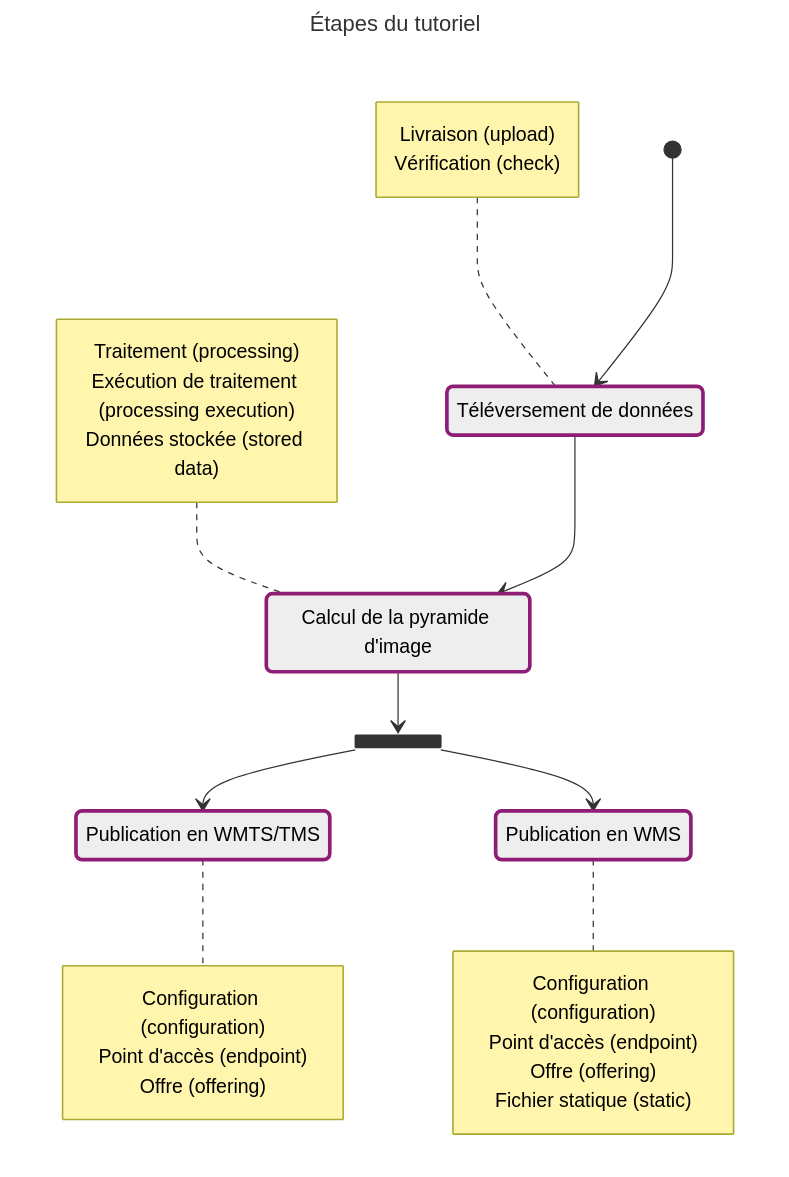
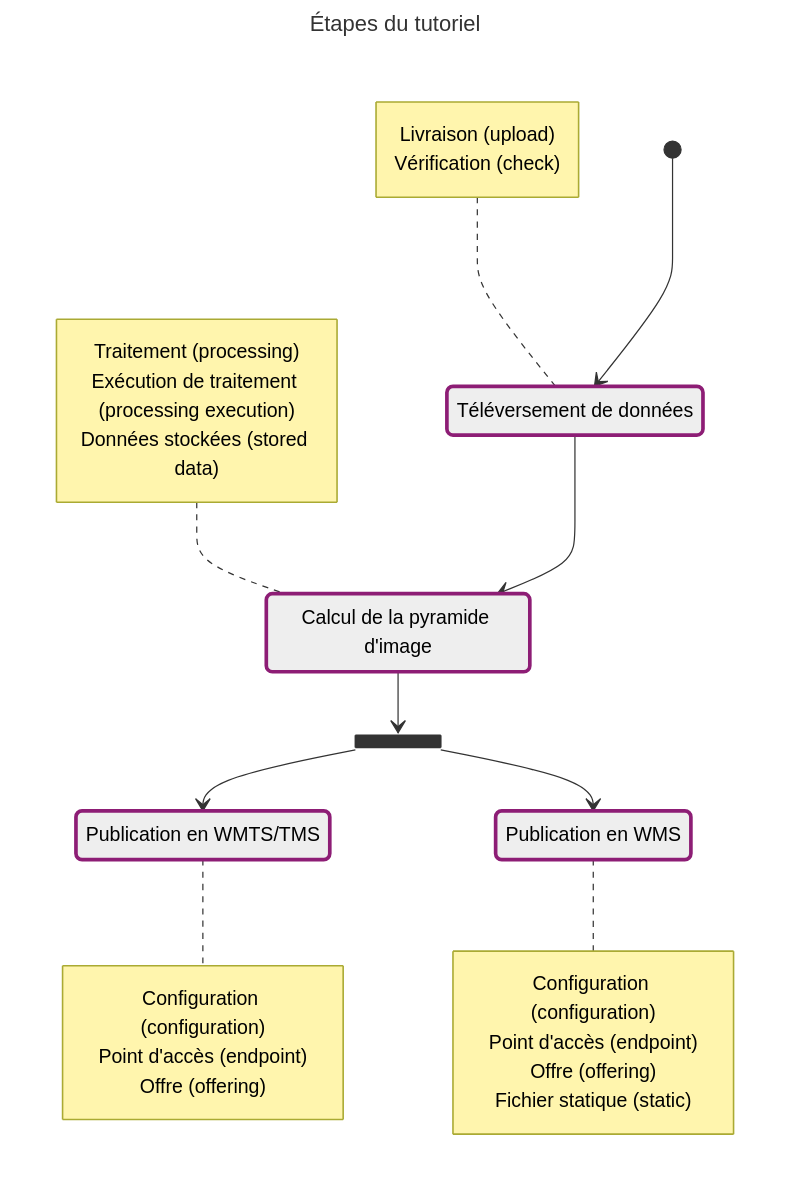
The first of 2 diagrams in content/fr/guides-developpeur/tutoriels/gestion-des-donnees-vecteurs/alimentation-diffusion.md (IGNF/cartes.gouv.fr-documentation), drawn with Mermaid before and after one commit. The commit also changed other lines of this file and 13 other files, not shown here.

````diff
--- a/content/fr/guides-developpeur/tutoriels/gestion-des-donnees-vecteurs/alimentation-diffusion.md
+++ b/content/fr/guides-developpeur/tutoriels/gestion-des-donnees-vecteurs/alimentation-diffusion.md
@@ -16,47 +16,47 @@
 ```mermaid
 ---
 title: Étapes du tutoriel
 ---
 stateDiagram
 
 
     TEL: Téléversement de données
     note left of TEL
         Livraison (upload)
         Vérification (check)
     end note
 
     PYR: Calcul de la pyramide d'image
     note left of PYR
         Traitement (processing)
         Exécution de traitement (processing execution)
-        Données stockée (stored data)
+        Données stockées (stored data)
     end note
 
     PUB_TILED: Publication en WMTS/TMS
     note right of PUB_TILED
         Configuration (configuration)
         Point d'accès (endpoint)
         Offre (offering)
     end note
 
     PUB_WMS: Publication en WMS
     note right of PUB_WMS
         Configuration (configuration)
         Point d'accès (endpoint)
         Offre (offering)
         Fichier statique (static)
     end note
 
     state fork_state <<fork>>
 
     [*] --> TEL
     TEL --> PYR
     PYR --> fork_state
     fork_state --> PUB_TILED
     fork_state --> PUB_WMS
 
     classDef concepts fill:#eee,stroke:#8d1d75,stroke-width:3px,color:#000;
 
     class TEL,PYR,PUB_TILED,PUB_WMS concepts
 ```
````
